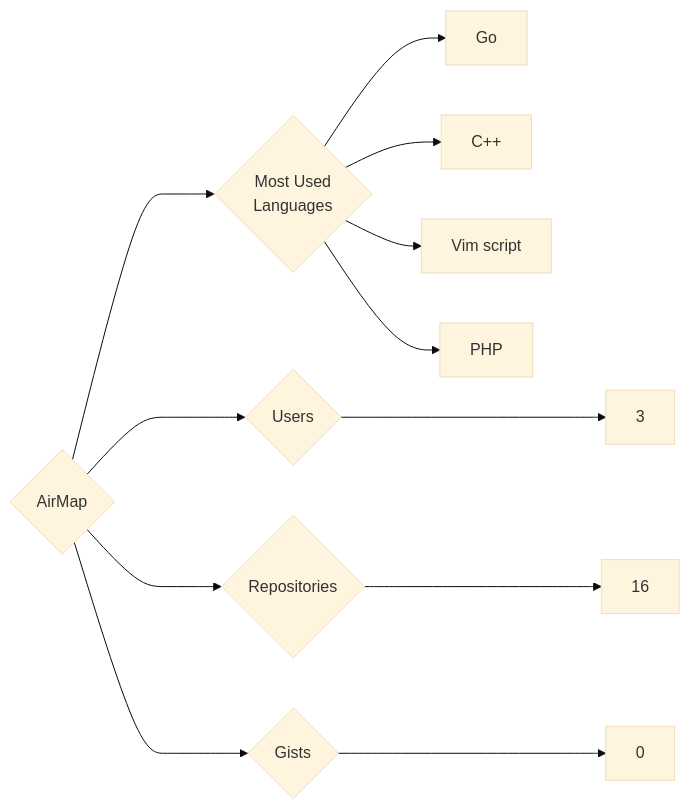
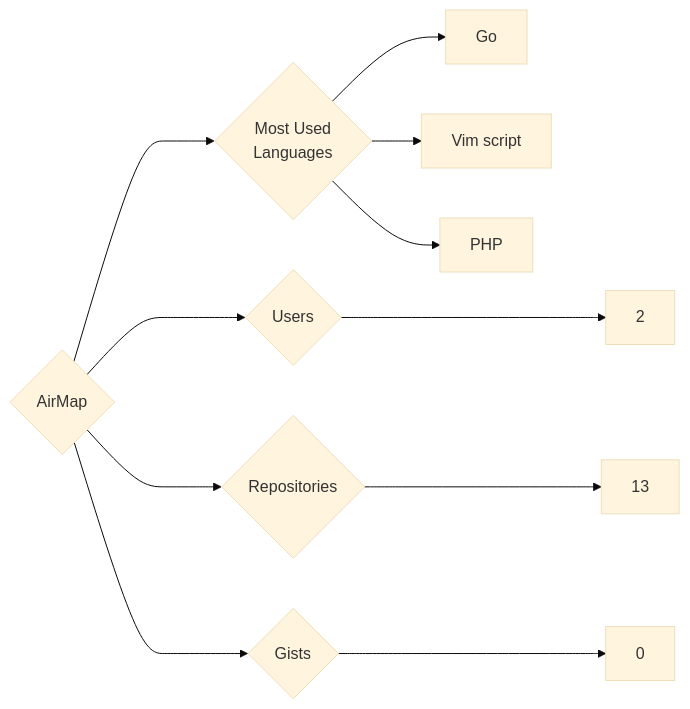
The diagram in targets/AirMap/README.md (trickest/insiders), drawn with Mermaid (base theme) before and after one commit. The commit also changed 912 other files, not shown here.

````diff
--- a/targets/AirMap/README.md
+++ b/targets/AirMap/README.md
@@ -3,12 +3,11 @@
 ```mermaid
 graph LR
 COMPANY_NAME{AirMap}
-COMPANY_NAME ---> U{Users} ---> UN[3]
-COMPANY_NAME ---> R{Repositories} ---> RN[16]
+COMPANY_NAME ---> U{Users} ---> UN[2]
+COMPANY_NAME ---> R{Repositories} ---> RN[13]
 COMPANY_NAME ---> G{Gists} ---> GN[0]
 COMPANY_NAME ---> ML{Most Used<br>Languages}
 ML --> Go[Go]
-ML --> C++[C++]
 ML --> Vim_script[Vim script]
 ML --> PHP[PHP]
 ```
````
